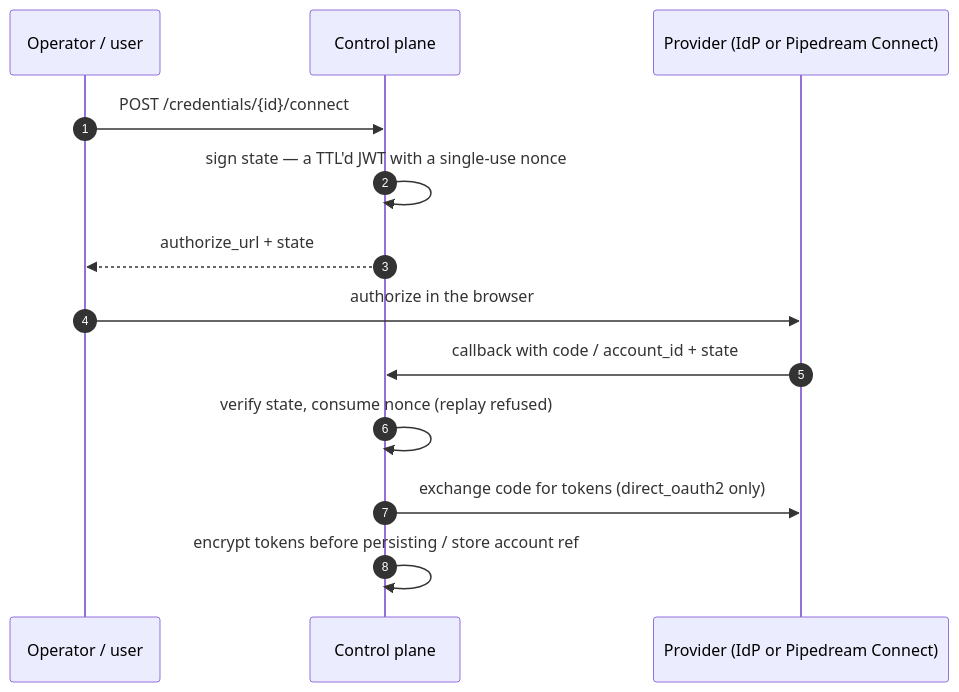
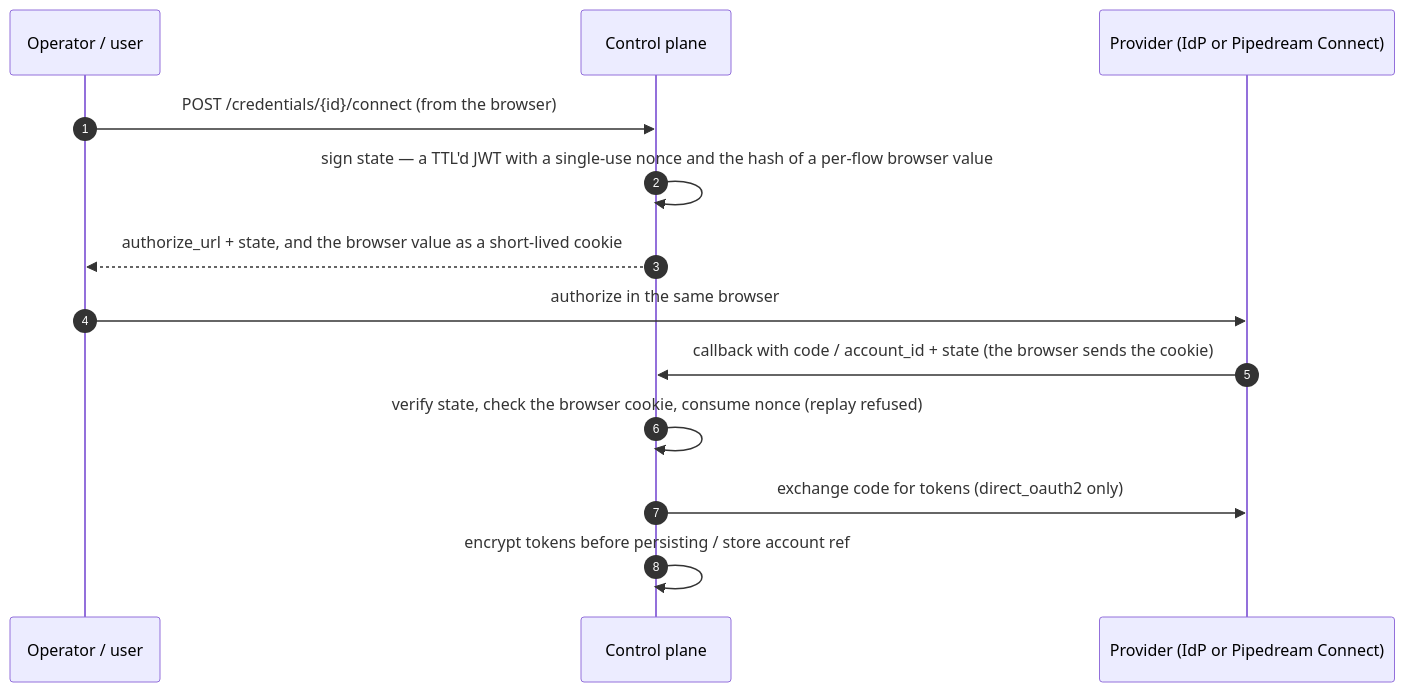
Before and after one commit to jentic/jentic-one: the second of 2 diagrams in docs/guides/credentials-and-toolkits.md, drawn with Mermaid. The commit also changed other lines of this file, not shown here.

Commit message:
docs(guides): show the browser check in the connect flow

````diff
--- a/docs/guides/credentials-and-toolkits.md
+++ b/docs/guides/credentials-and-toolkits.md
@@ -205,16 +205,16 @@
 ```mermaid
 sequenceDiagram
     autonumber
     participant O as Operator / user
     participant CP as Control plane
     participant P as Provider (IdP or Pipedream Connect)
 
-    O->>CP: POST /credentials/{id}/connect
-    CP->>CP: sign state — a TTL'd JWT with a single-use nonce
-    CP-->>O: authorize_url + state
-    O->>P: authorize in the browser
-    P->>CP: callback with code / account_id + state
-    CP->>CP: verify state, consume nonce (replay refused)
+    O->>CP: POST /credentials/{id}/connect (from the browser)
+    CP->>CP: sign state — a TTL'd JWT with a single-use nonce and the hash of a per-flow browser value
+    CP-->>O: authorize_url + state, and the browser value as a short-lived cookie
+    O->>P: authorize in the same browser
+    P->>CP: callback with code / account_id + state (the browser sends the cookie)
+    CP->>CP: verify state, check the browser cookie, consume nonce (replay refused)
     CP->>P: exchange code for tokens (direct_oauth2 only)
     CP->>CP: encrypt tokens before persisting / store account ref
 ```
````
